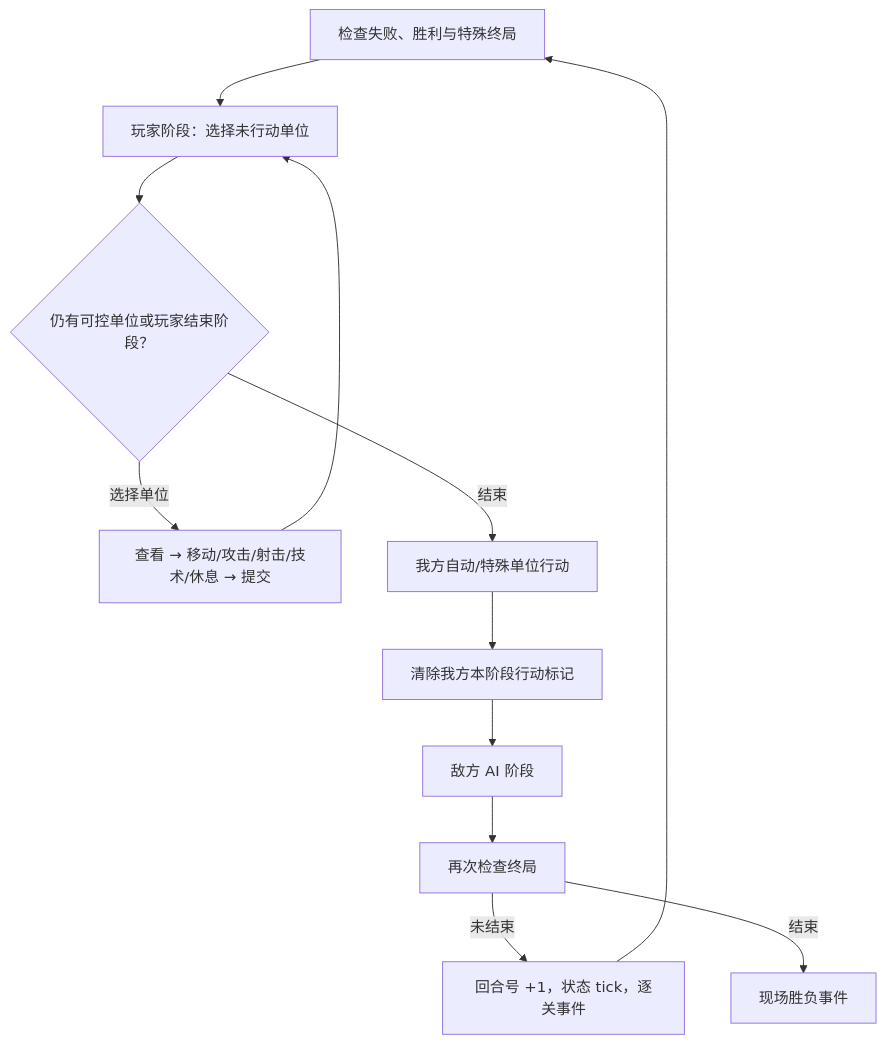
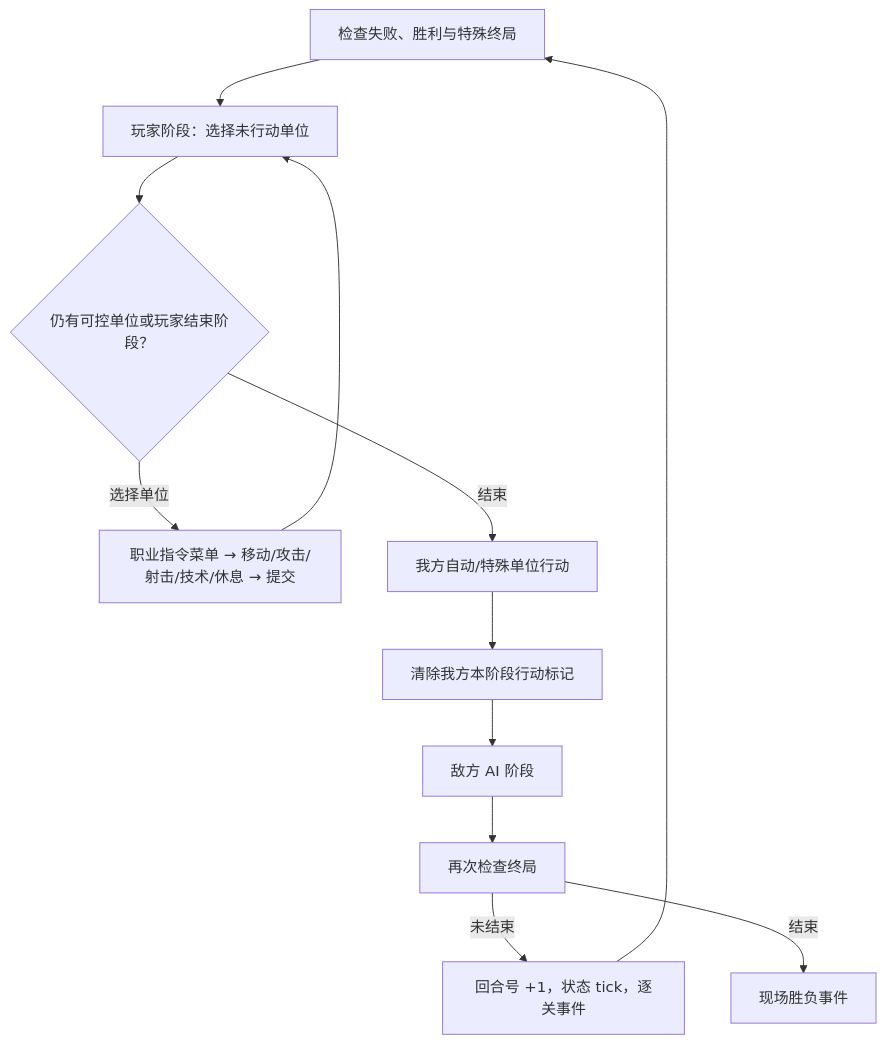
One commit to WispSnow/angel2-web-remake changed the second of 2 diagrams in design/remake-gdd/02-game-flow.md. Above: the diagram before and after it, drawn with Mermaid. The commit also changed other lines of this file and 11 other files, not shown here.

````diff
--- a/design/remake-gdd/02-game-flow.md
+++ b/design/remake-gdd/02-game-flow.md
@@ -70,14 +70,14 @@
 ```mermaid
 flowchart TD
     A["检查失败、胜利与特殊终局"] --> B["玩家阶段：选择未行动单位"]
     B --> C{"仍有可控单位或玩家结束阶段？"}
-    C -->|选择单位| D["查看 → 移动/攻击/射击/技术/休息 → 提交"]
+    C -->|选择单位| D["职业指令菜单 → 移动/攻击/射击/技术/休息 → 提交"]
     D --> B
     C -->|结束| E["我方自动/特殊单位行动"]
     E --> F["清除我方本阶段行动标记"]
     F --> G["敌方 AI 阶段"]
     G --> H["再次检查终局"]
     H -->|未结束| I["回合号 +1，状态 tick，逐关事件"]
     I --> A
     H -->|结束| J["现场胜负事件"]
 ```
````
